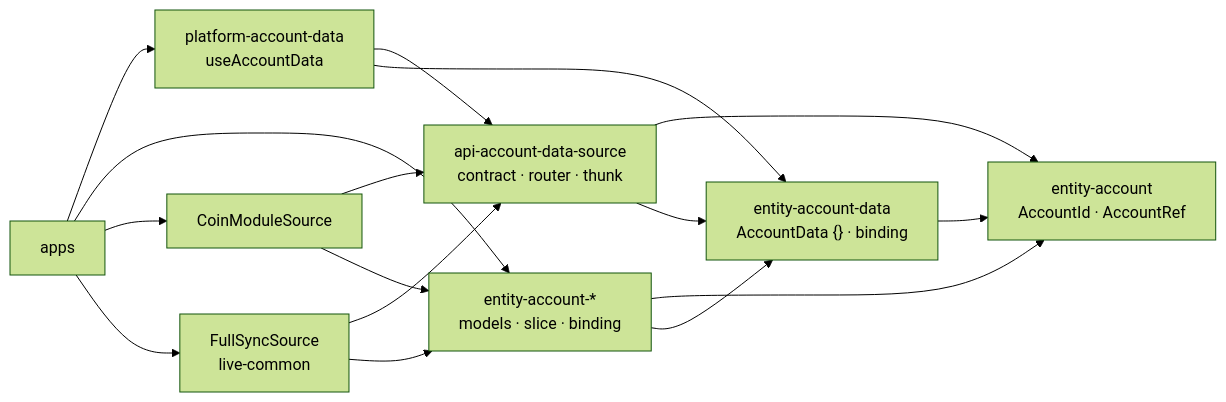
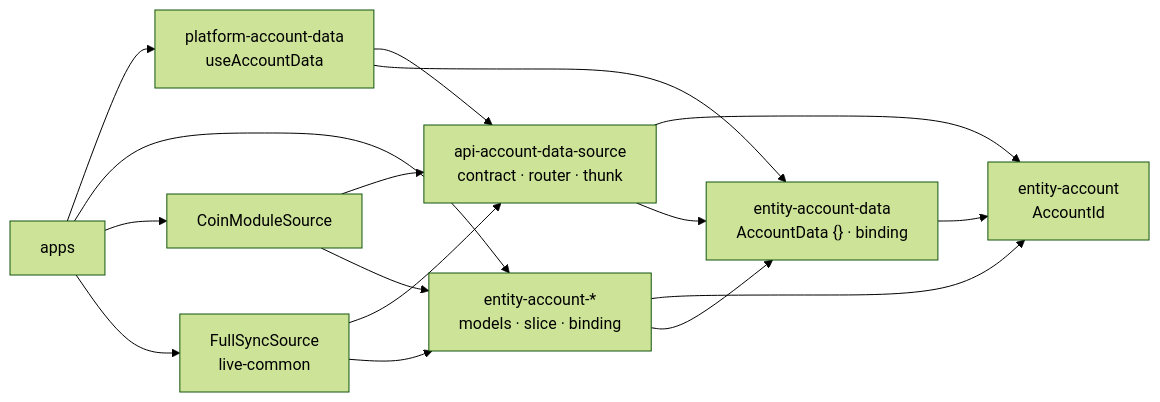
One commit to LedgerHQ/ledger-live changed the first of 4 diagrams in docs/account-data-layer.md. Above: the diagram before and after it, drawn with Mermaid (forest theme). The commit also changed other lines of this file and 63 other files, not shown here.

First line of the commit message:
feat(account-data): account descriptor replaces account ref (LIVE-36923)

````diff
--- a/docs/account-data-layer.md
+++ b/docs/account-data-layer.md
@@ -35,26 +47,26 @@
 ```mermaid
 flowchart LR
-    account["entity-account<br/>AccountId · AccountRef"]
+    account["entity-account<br/>AccountId"]
     data["entity-account-data<br/>AccountData {} · binding"]
     entity["entity-account-*<br/>models · slice · binding"]
     source["api-account-data-source<br/>contract · router · thunk"]
     hook["platform-account-data<br/>useAccountData"]
     coin["CoinModuleSource"]
     full["FullSyncSource<br/>live-common"]
     apps["apps"]
     data --> account
     entity --> account
     entity --> data
     source --> account
     source --> data
     hook --> source
     hook --> data
     coin --> source
     coin --> entity
     full --> source
     full --> entity
     apps --> hook
     apps --> entity
     apps --> coin
     apps --> full
 ```
````
